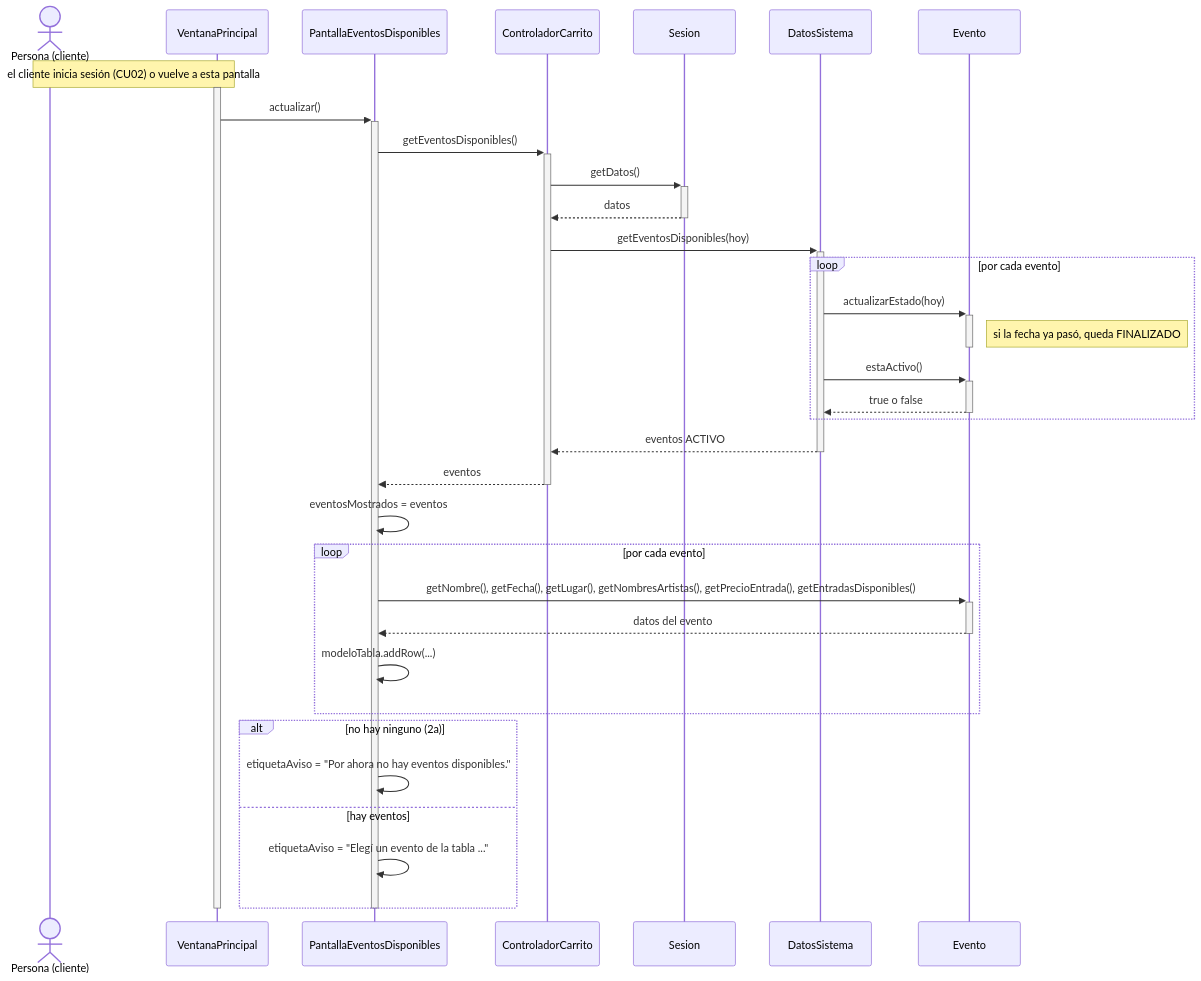
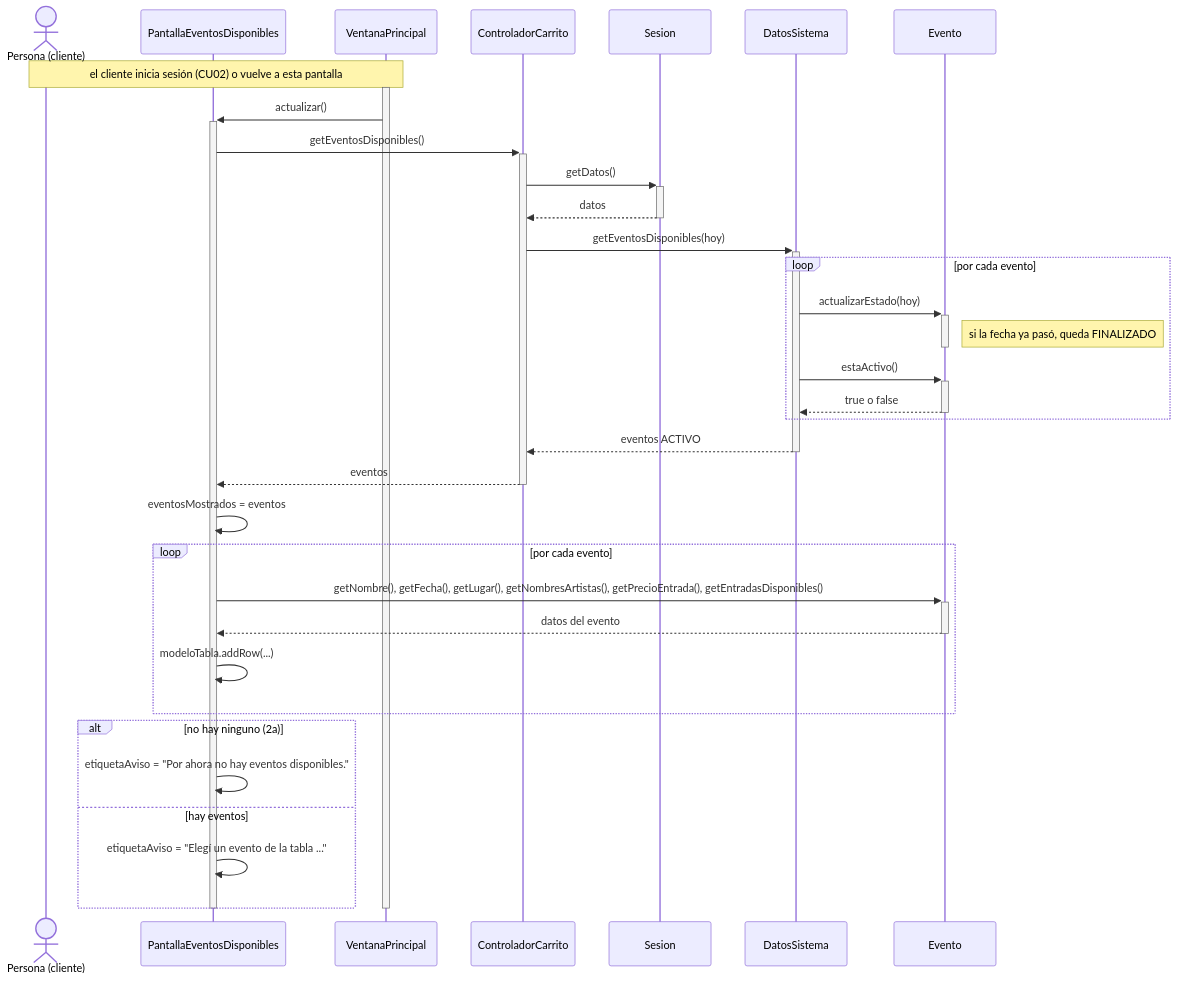
Before and after one commit to AgustinSimonenco/gestion-eventos-musicales: the diagram in docs/diseno/secuencias/CU07-consultar-eventos-disponibles.md, drawn with Mermaid. The commit also changed other lines of this file and 12 other files, not shown here.

````diff
--- a/docs/diseno/secuencias/CU07-consultar-eventos-disponibles.md
+++ b/docs/diseno/secuencias/CU07-consultar-eventos-disponibles.md
@@ -9,40 +9,40 @@
 ```mermaid
 sequenceDiagram
     actor U as Persona (cliente)
+    participant P as PantallaEventosDisponibles
     participant V as VentanaPrincipal
-    participant P as PantallaEventosDisponibles
     participant C as ControladorCarrito
     participant S as Sesion
     participant D as DatosSistema
     participant E as Evento
 
     Note over U,V: el cliente inicia sesión (CU02) o vuelve a esta pantalla
     activate V
     V->>+P: actualizar()
     P->>+C: getEventosDisponibles()
     C->>+S: getDatos()
     S-->>-C: datos
     C->>+D: getEventosDisponibles(hoy)
     loop por cada evento
         D->>+E: actualizarEstado(hoy)
         Note right of E: si la fecha ya pasó, queda FINALIZADO
         deactivate E
         D->>+E: estaActivo()
         E-->>-D: true o false
     end
     D-->>-C: eventos ACTIVO
     C-->>-P: eventos
     P->>P: eventosMostrados = eventos
     loop por cada evento
         P->>+E: getNombre(), getFecha(), getLugar(), getNombresArtistas(), getPrecioEntrada(), getEntradasDisponibles()
         E-->>-P: datos del evento
         P->>P: modeloTabla.addRow(...)
     end
     alt no hay ninguno (2a)
         P->>P: etiquetaAviso = "Por ahora no hay eventos disponibles."
     else hay eventos
         P->>P: etiquetaAviso = "Elegí un evento de la tabla ..."
     end
     deactivate P
     deactivate V
 ```
````
